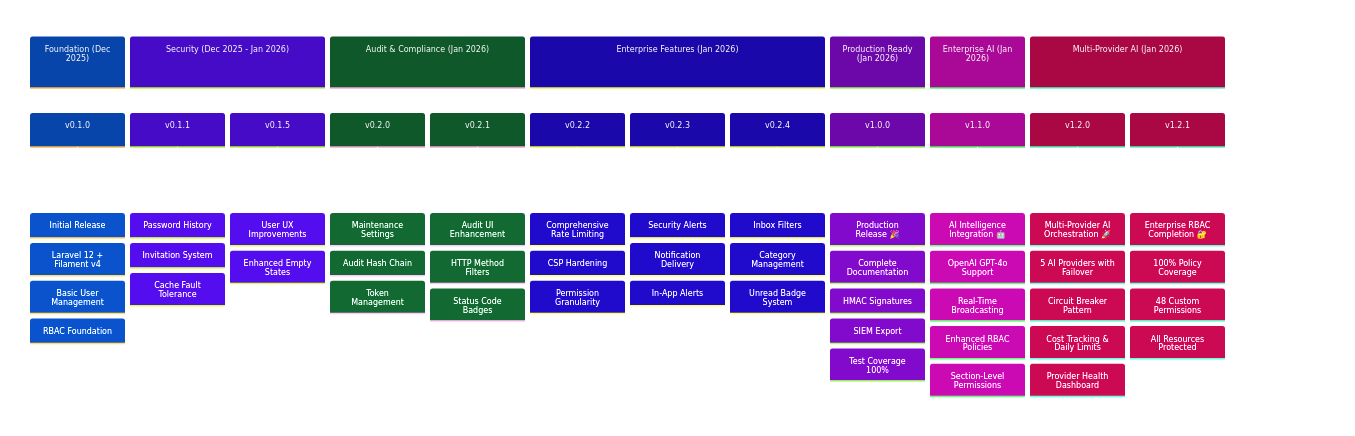
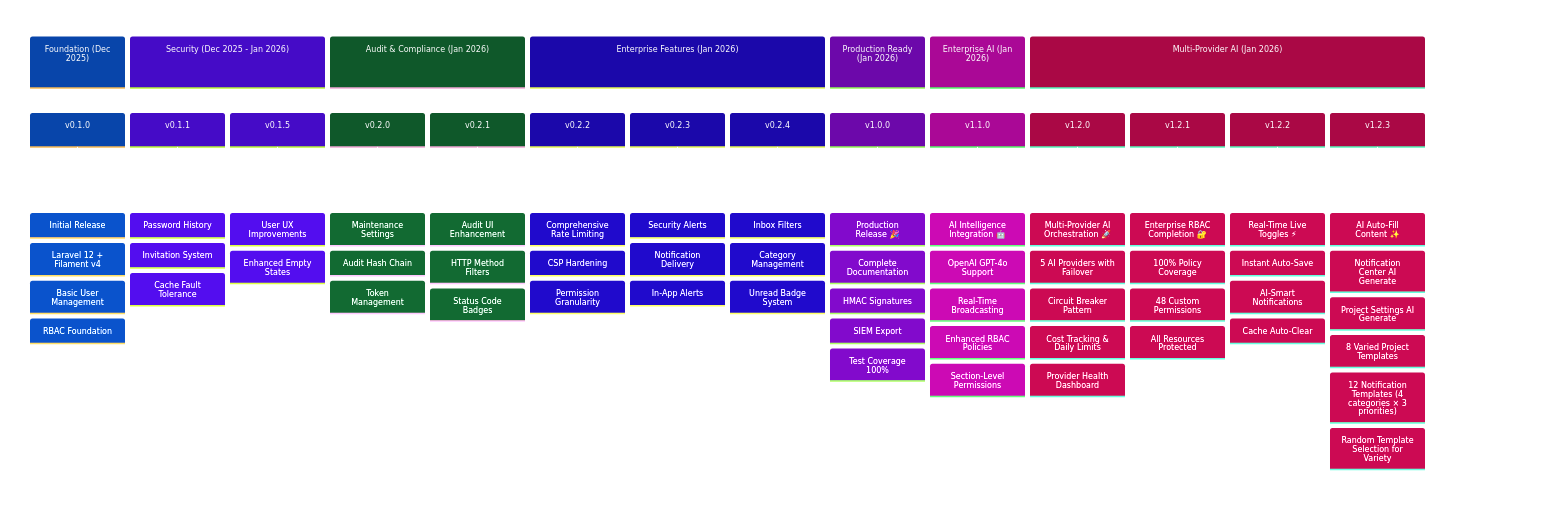
Before and after one commit to Halfirzzha/A-Good-Start-to-the-Program: the eighth of 8 diagrams in README.md, drawn with Mermaid. The commit also changed other lines of this file and 8 other files, not shown here.

````diff
--- a/README.md
+++ b/README.md
@@ -3261,55 +3262,65 @@
 ```mermaid
 %%{init: {'theme':'base', 'themeVariables': { 'primaryColor':'#3b82f6','primaryTextColor':'#fff','primaryBorderColor':'#1e40af','lineColor':'#64748b','secondaryColor':'#8b5cf6','tertiaryColor':'#22c55e'}}}%%
 timeline
     title Creative Trees Development Journey
     section Foundation (Dec 2025)
         v0.1.0 : Initial Release
                : Laravel 12 + Filament v4
                : Basic User Management
                : RBAC Foundation
     section Security (Dec 2025 - Jan 2026)
         v0.1.1 : Password History
                : Invitation System
                : Cache Fault Tolerance
         v0.1.5 : User UX Improvements
                : Enhanced Empty States
     section Audit & Compliance (Jan 2026)
         v0.2.0 : Maintenance Settings
                : Audit Hash Chain
                : Token Management
         v0.2.1 : Audit UI Enhancement
                : HTTP Method Filters
                : Status Code Badges
     section Enterprise Features (Jan 2026)
         v0.2.2 : Comprehensive Rate Limiting
                : CSP Hardening
                : Permission Granularity
         v0.2.3 : Security Alerts
                : Notification Delivery
                : In-App Alerts
         v0.2.4 : Inbox Filters
                : Category Management
                : Unread Badge System
     section Production Ready (Jan 2026)
         v1.0.0 : Production Release 🎉
                : Complete Documentation
                : HMAC Signatures
                : SIEM Export
                : Test Coverage 100%
     section Enterprise AI (Jan 2026)
         v1.1.0 : AI Intelligence Integration 🤖
                : OpenAI GPT-4o Support
                : Real-Time Broadcasting
                : Enhanced RBAC Policies
                : Section-Level Permissions
     section Multi-Provider AI (Jan 2026)
         v1.2.0 : Multi-Provider AI Orchestration 🚀
                : 5 AI Providers with Failover
                : Circuit Breaker Pattern
                : Cost Tracking & Daily Limits
                : Provider Health Dashboard
         v1.2.1 : Enterprise RBAC Completion 🔐
                : 100% Policy Coverage
                : 48 Custom Permissions
                : All Resources Protected
+        v1.2.2 : Real-Time Live Toggles ⚡
+               : Instant Auto-Save
+               : AI-Smart Notifications
+               : Cache Auto-Clear
+        v1.2.3 : AI Auto-Fill Content ✨
+               : Notification Center AI Generate
+               : Project Settings AI Generate
+               : 8 Varied Project Templates
+               : 12 Notification Templates (4 categories × 3 priorities)
+               : Random Template Selection for Variety
 ```
````
